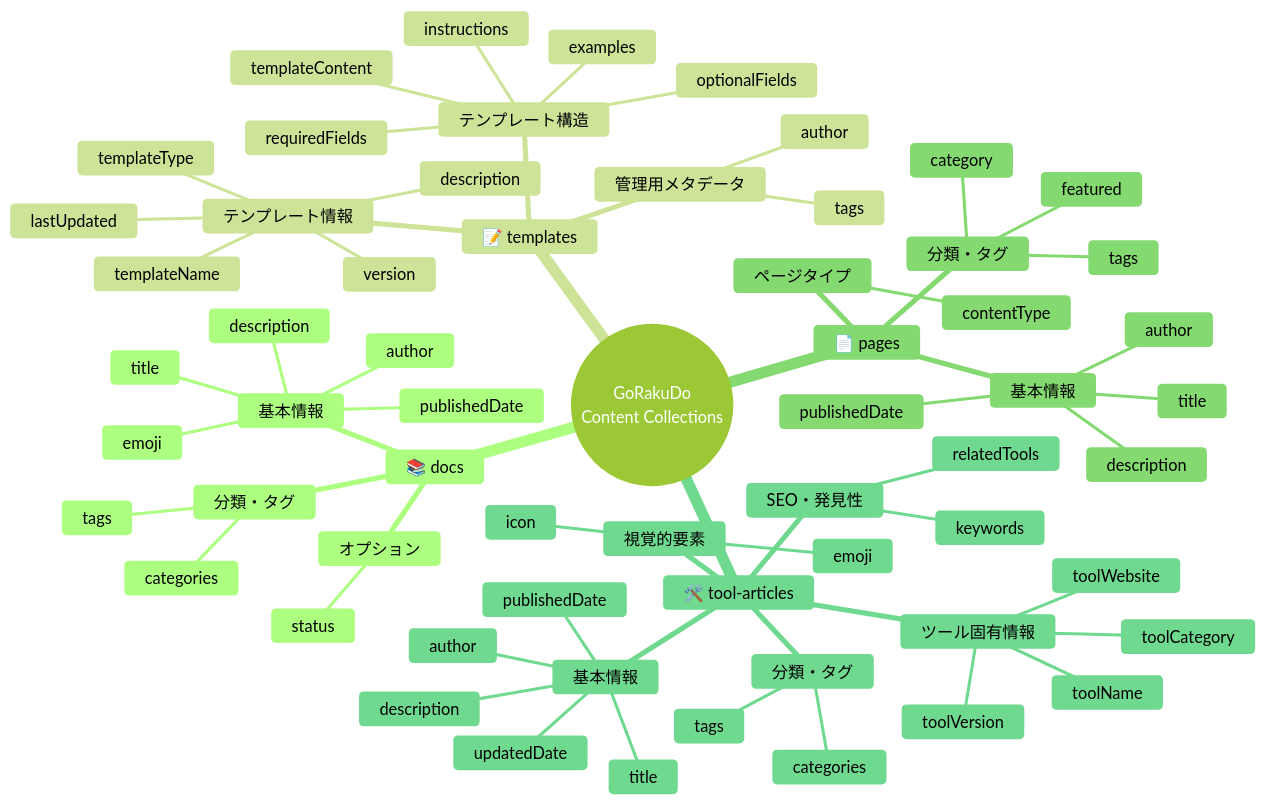
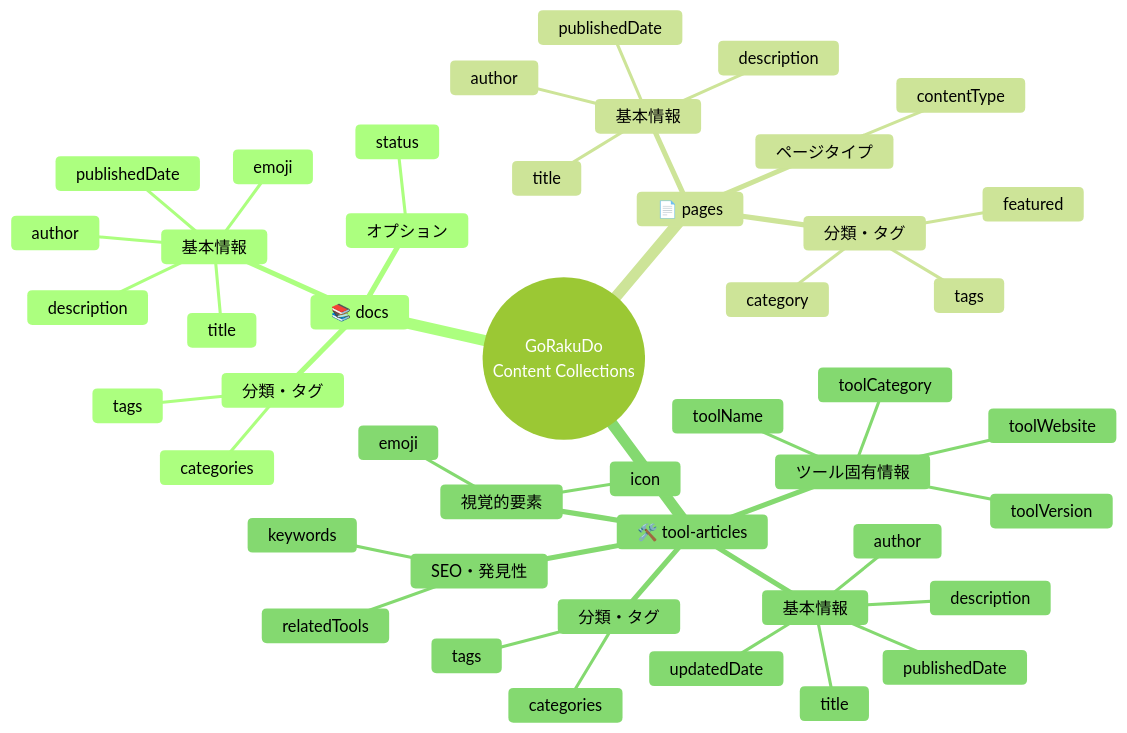
The first of 6 diagrams in src/content/README.md (YoshiaKefasu/GoRakuDo), drawn with Mermaid (forest theme) before and after one commit. The commit also changed other lines of this file and 21 other files, not shown here.

````diff
--- a/src/content/README.md
+++ b/src/content/README.md
@@ -23,65 +22,49 @@
 ```mermaid
 mindmap
   root((GoRakuDo<br/>Content Collections))
     📚 docs
       基本情報
         title
         description
         publishedDate
         author
         emoji
       分類・タグ
         categories
         tags
       オプション
         status
-    📝 templates
-      テンプレート情報
-        templateName
-        templateType
-        description
-        version
-        lastUpdated
-      テンプレート構造
-        requiredFields
-        optionalFields
-        instructions
-        examples
-        templateContent
-      管理用メタデータ
-        author
-        tags
     📄 pages
       基本情報
         title
         description
         publishedDate
         author
       分類・タグ
         category
         tags
         featured
       ページタイプ
         contentType
     🛠️ tool-articles
       基本情報
         title
         description
         publishedDate
         updatedDate
         author
       ツール固有情報
         toolName
         toolVersion
         toolWebsite
         toolCategory
       視覚的要素
         emoji
         icon
       分類・タグ
         categories
         tags
       SEO・発見性
         keywords
         relatedTools
 ```
````
